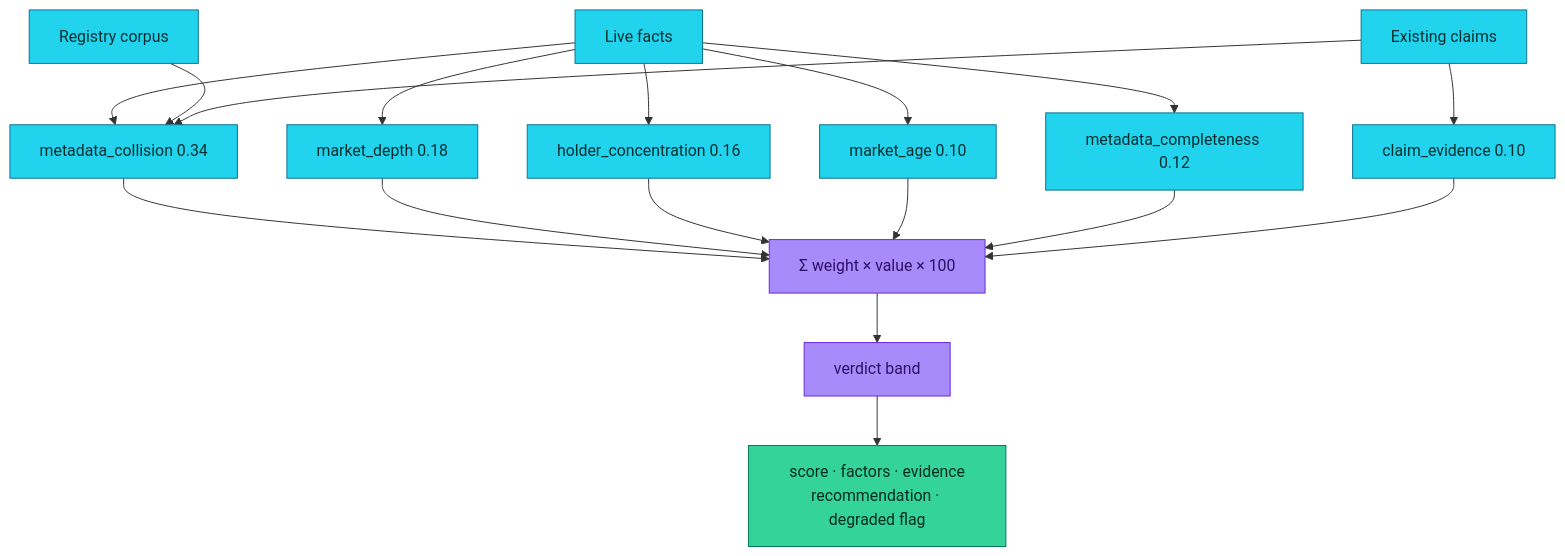
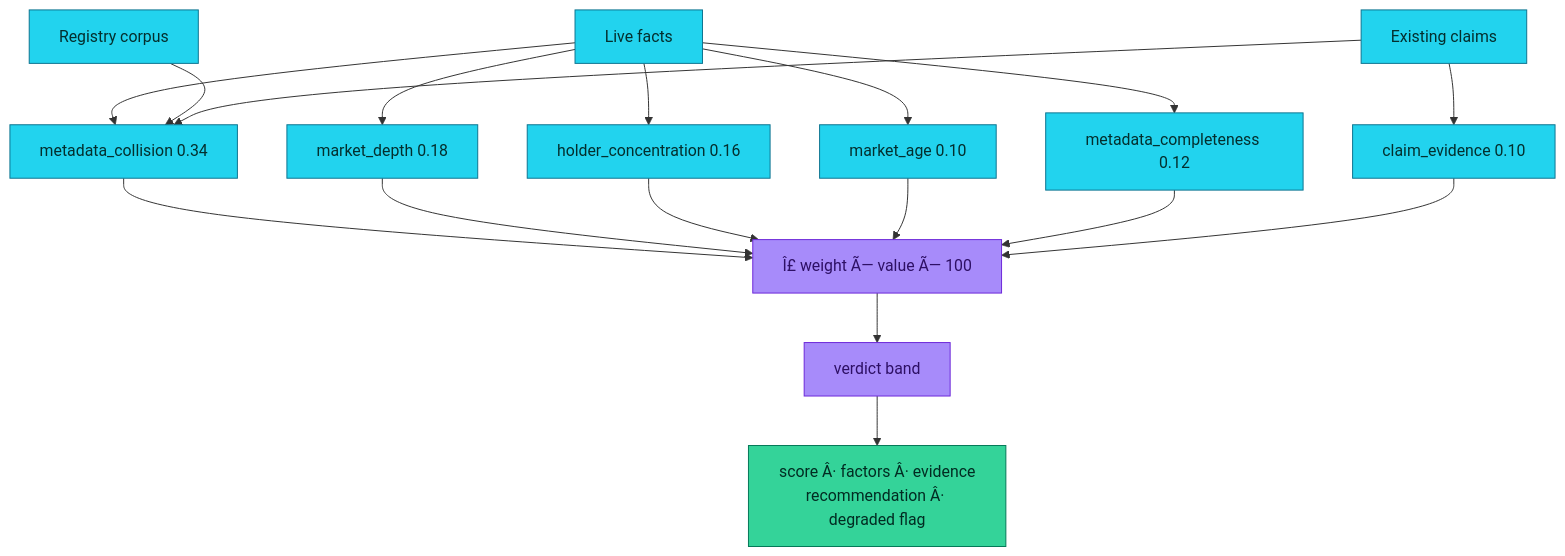
The second of 8 diagrams in README.md (aniruddhaadak80/mintline), drawn with Mermaid before and after one commit. The commit also changed other lines of this file and 3 other files, not shown here.

````diff
--- a/README.md
+++ b/README.md
@@ -276,26 +276,26 @@
 ```mermaid
 graph TB
   Facts["Live facts"] --> C1["metadata_collision 0.34"]
   Corpus["Registry corpus"] --> C1
   Claims["Existing claims"] --> C1
   Facts --> C2["market_depth 0.18"]
   Facts --> C3["holder_concentration 0.16"]
   Facts --> C4["market_age 0.10"]
   Facts --> C5["metadata_completeness 0.12"]
   Claims --> C6["claim_evidence 0.10"]
-  C1 --> Sum["Σ weight × value × 100"]
+  C1 --> Sum["Î£ weight Ã— value Ã— 100"]
   C2 --> Sum
   C3 --> Sum
   C4 --> Sum
   C5 --> Sum
   C6 --> Sum
   Sum --> Band["verdict band"]
-  Band --> Out["score · factors · evidence<br/>recommendation · degraded flag"]
+  Band --> Out["score Â· factors Â· evidence<br/>recommendation Â· degraded flag"]
 
   classDef eng fill:#a78bfa,stroke:#6d28d9,color:#2e1065
   classDef live fill:#22d3ee,stroke:#0e7490,color:#042f2e
   classDef out fill:#34d399,stroke:#047857,color:#022c22
   class Facts,Corpus,Claims,C1,C2,C3,C4,C5,C6 live
   class Sum,Band eng
   class Out out
 ```
````
